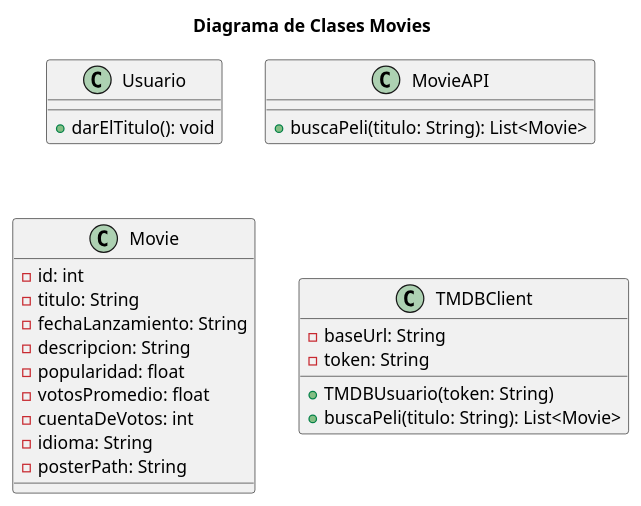
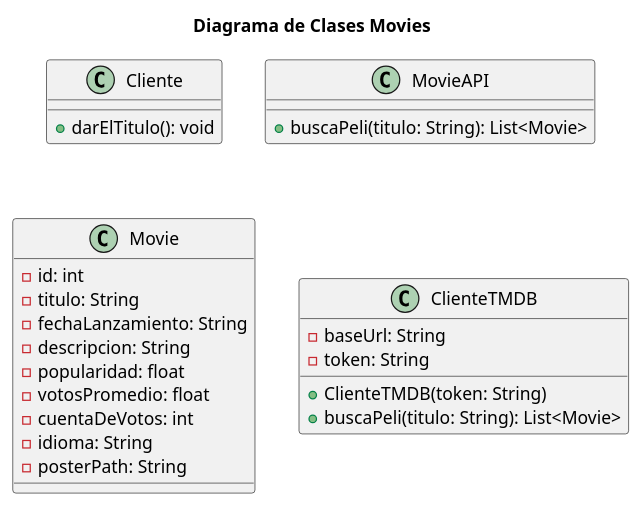
One commit to Dakewer/Consumir-API---TheMovieDB changed the diagram in UML.puml. Above: the diagram before and after it, drawn with PlantUML. The commit also changed 1 other file, not shown here.

```diff
--- a/UML.puml
+++ b/UML.puml
@@ -1,30 +1,30 @@
 @startuml
 title Diagrama de Clases Movies
-class Usuario {
+class Cliente {
   +darElTitulo(): void
 }
 
 class MovieAPI {
   +buscaPeli(titulo: String): List<Movie>
 }
 
 class Movie {
   -id: int
   -titulo: String
   -fechaLanzamiento: String
   -descripcion: String
   -popularidad: float
   -votosPromedio: float
   -cuentaDeVotos: int
   -idioma: String
   -posterPath: String
 }
-class TMDBClient {
+class ClienteTMDB {
   -baseUrl: String
   -token: String
-  +TMDBUsuario(token: String)
+  +ClienteTMDB(token: String)
   +buscaPeli(titulo: String): List<Movie>
 }
 
 
 @enduml
```
